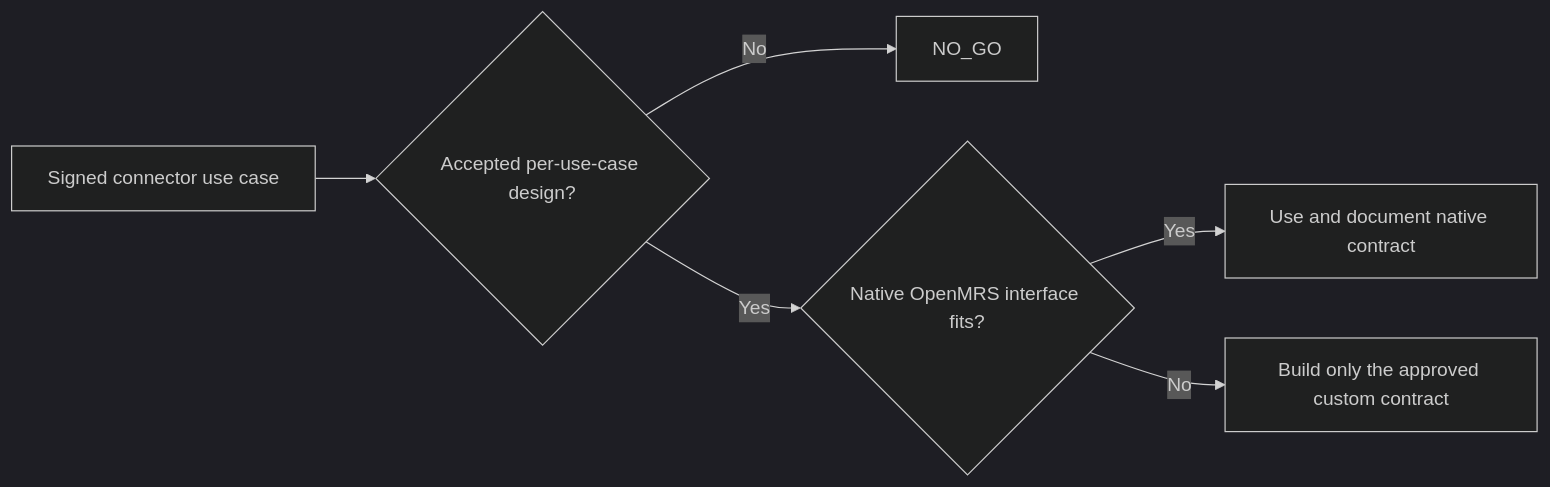
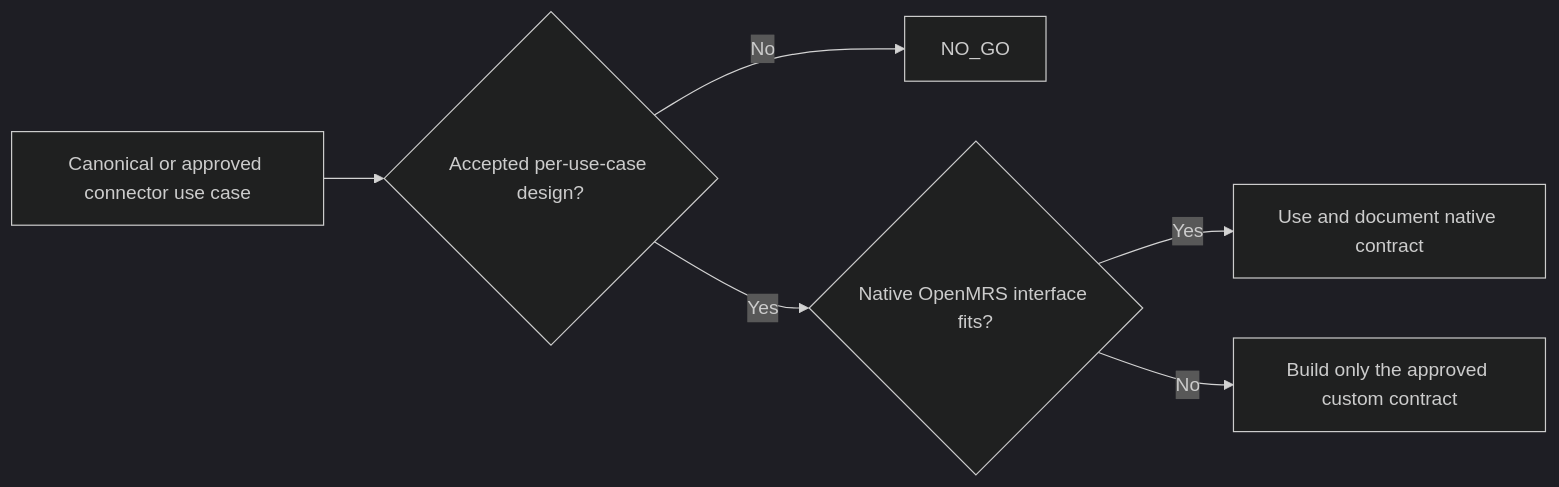
Before and after one commit to neetrino/Saribekyan-HIT: the diagram in docs/07-INTEGRATIONS.md, drawn with Mermaid (dark theme). The commit also changed other lines of this file and 30 other files, not shown here.

````diff
--- a/docs/07-INTEGRATIONS.md
+++ b/docs/07-INTEGRATIONS.md
@@ -34,8 +34,8 @@
 ```mermaid
 flowchart LR
-  Need[Signed connector use case] --> Decision{Accepted per-use-case design?}
+  Need[Canonical or approved connector use case] --> Decision{Accepted per-use-case design?}
   Decision -->|No| Stop[NO_GO]
   Decision -->|Yes| Native{Native OpenMRS interface fits?}
   Native -->|Yes| Reuse[Use and document native contract]
   Native -->|No| Custom[Build only the approved custom contract]
 ```
````
